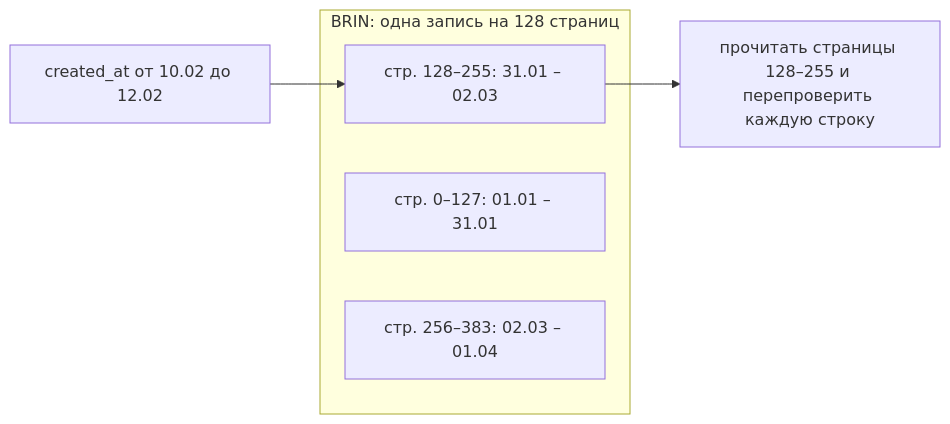
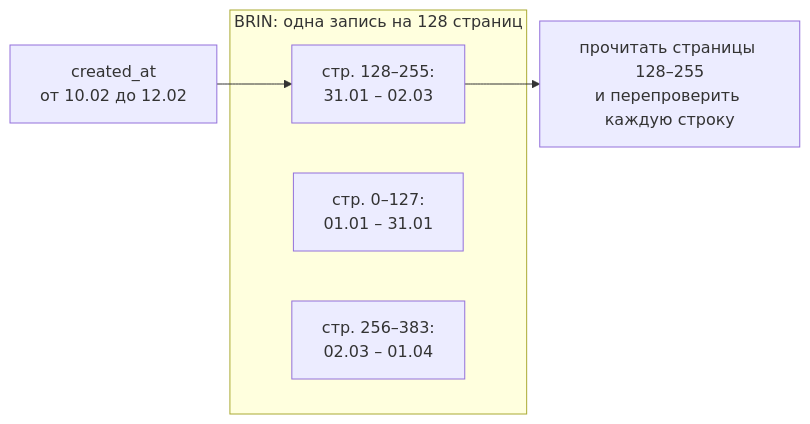
One commit to iamthen0ise/reference changed the sixth of 6 diagrams in Бэкенд/Базы данных/PostgreSQL/Индексы.md. Above: the diagram before and after it, drawn with Mermaid. The commit also changed other lines of this file and 2 other files, not shown here.

Commit message:
EXPLAIN и транзакции: схемы и модели на Python
EXPLAIN: план как дерево итераторов (Limit, Sort), порядок чтения
страниц в Seq, Index и Bitmap Heap Scan, три вида соединений.
Транзакции: MVCC (xmin, xmax, снимок, CLOG), Read Committed против
Repeatable Read, потерянное обновление, SSI на примере с врачами.
Индексы: схемы Hash и BRIN компактнее, чтобы читались на телефоне.

````diff
--- a/Бэкенд/Базы данных/PostgreSQL/Индексы.md
+++ b/Бэкенд/Базы данных/PostgreSQL/Индексы.md
@@ -254,10 +254,10 @@
 ```mermaid
 flowchart LR
-    q["created_at от 10.02 до 12.02"] --> e2
+    q["created_at<br/>от 10.02 до 12.02"] --> e2
     subgraph idx["BRIN: одна запись на 128 страниц"]
-        e1["стр. 0–127: 01.01 – 31.01"]
-        e2["стр. 128–255: 31.01 – 02.03"]
-        e3["стр. 256–383: 02.03 – 01.04"]
+        e1["стр. 0–127:<br/>01.01 – 31.01"]
+        e2["стр. 128–255:<br/>31.01 – 02.03"]
+        e3["стр. 256–383:<br/>02.03 – 01.04"]
     end
-    e2 --> heap["прочитать страницы 128–255 и перепроверить каждую строку"]
+    e2 --> heap["прочитать страницы 128–255<br/>и перепроверить каждую строку"]
 ```
````
